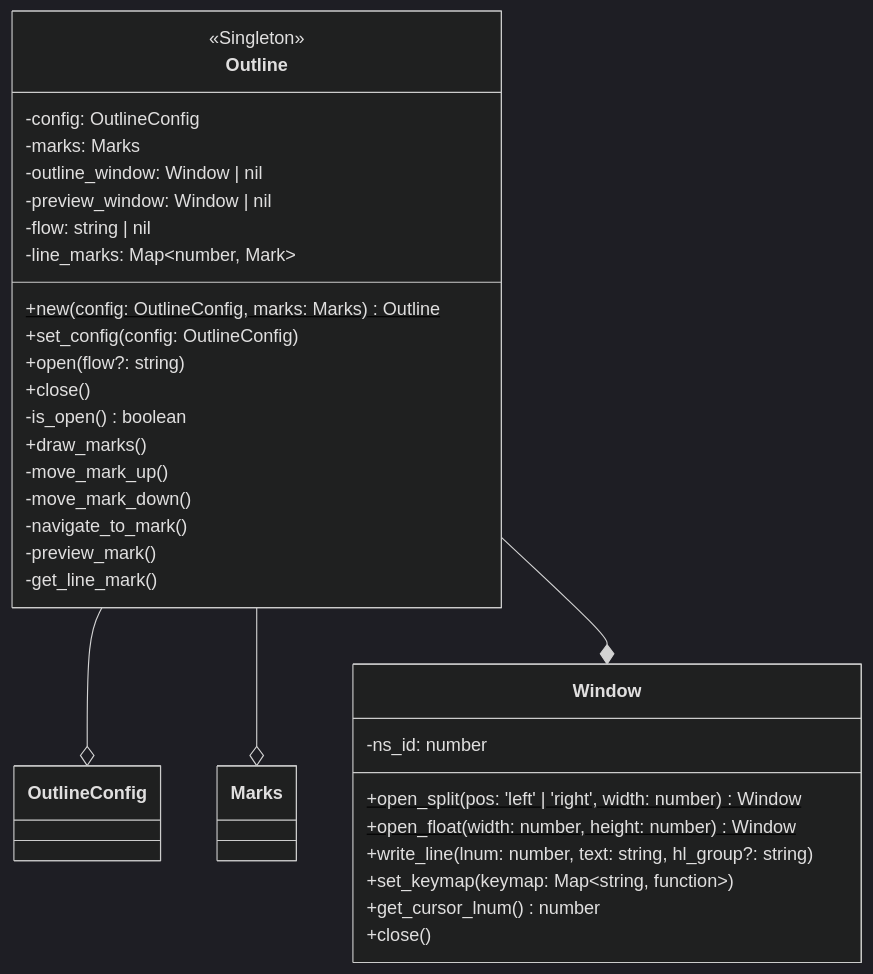
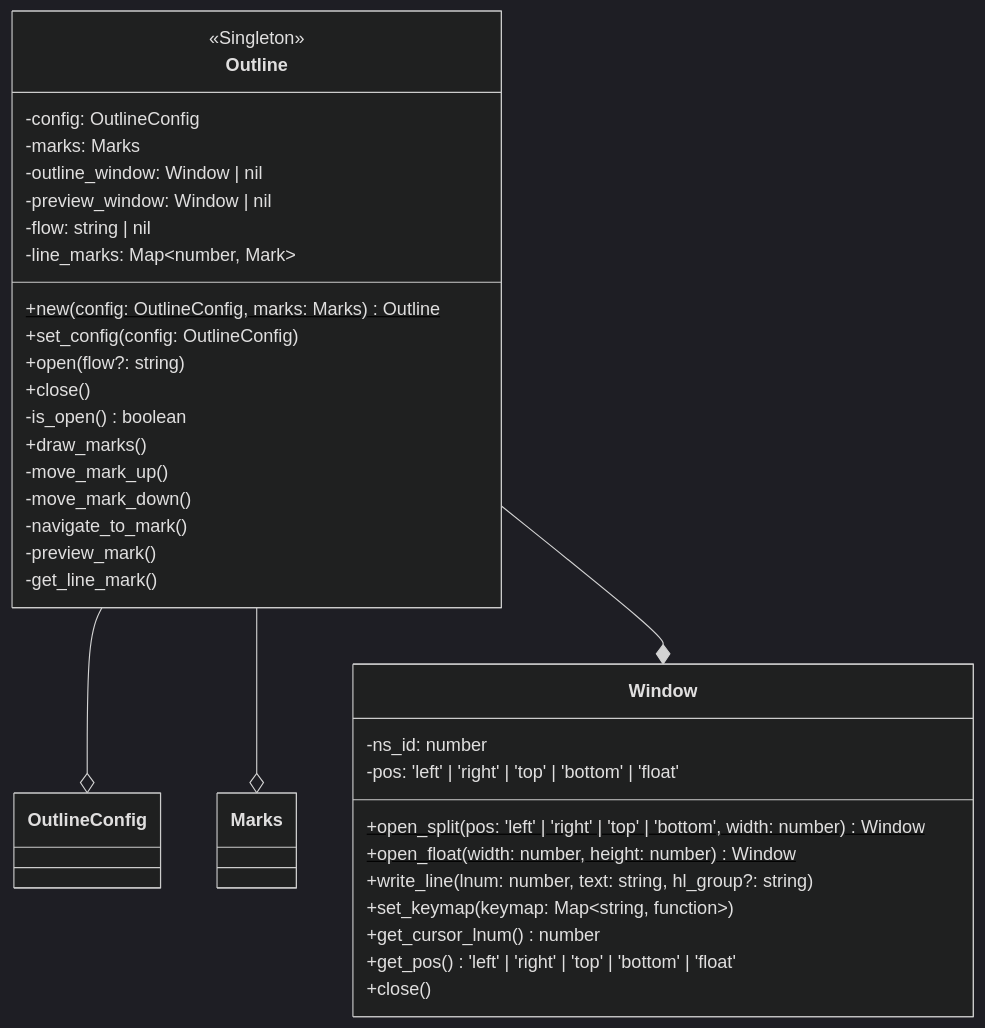
Diagram 11 of 16 in DESIGN.md (niuiic/track.nvim), drawn with Mermaid (dark theme) before and after one commit. The commit also changed other lines of this file and 7 other files, not shown here.

````diff
--- a/DESIGN.md
+++ b/DESIGN.md
@@ -251,43 +251,45 @@
 ```mermaid
 classDiagram
     Outline --o OutlineConfig
     Outline --o Marks
     Outline --* Window
     class Outline {
         <<Singleton>>
 
         -config: OutlineConfig
         -marks: Marks
         -outline_window: Window | nil
         -preview_window: Window | nil
         -flow: string | nil
         -line_marks: Map~number, Mark~
 
         %% new
         +new(config: OutlineConfig, marks: Marks)$ Outline
         %% config
         +set_config(config: OutlineConfig)
         %% outline
         +open(flow?: string)
         +close()
         -is_open() boolean
         %% mark
         +draw_marks()
         -move_mark_up()
         -move_mark_down()
         -navigate_to_mark()
         -preview_mark()
         -get_line_mark()
     }
 
     class Window {
         -ns_id: number
+        -pos: 'left' | 'right' | 'top' | 'bottom' | 'float'
 
-        +open_split(pos: 'left' | 'right', width: number)$ Window
+        +open_split(pos: 'left' | 'right' | 'top' | 'bottom', width: number)$ Window
         +open_float(width: number, height: number)$ Window
         +write_line(lnum: number, text: string, hl_group?: string)
         +set_keymap(keymap: Map~string, function~)
         +get_cursor_lnum() number
+        +get_pos() 'left' | 'right' | 'top' | 'bottom' | 'float'
         +close()
     }
 ```
````
